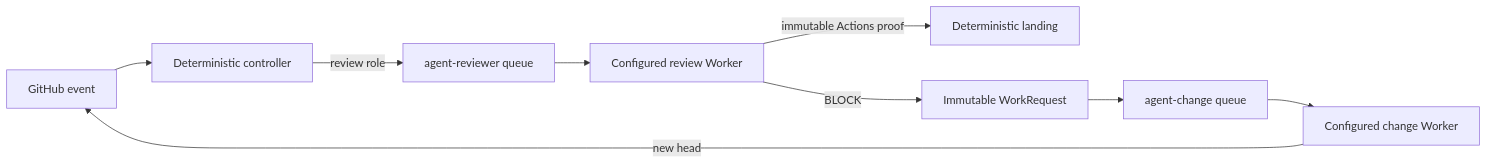
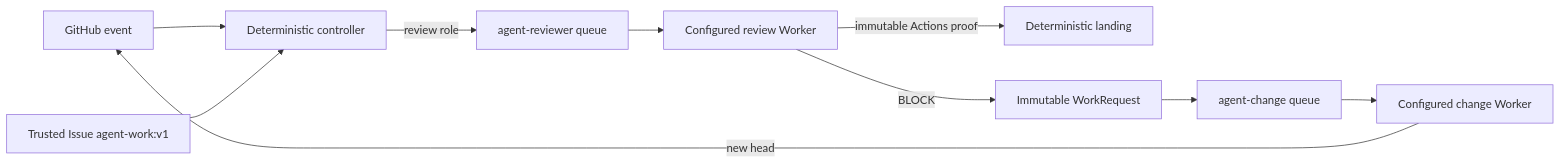
The diagram in docs/architecture.md (Ornn8/dsh-agent-automation), drawn with Mermaid before and after one commit. The commit also changed other lines of this file and 13 other files, not shown here.

Commit message:
Add agent-neutral Issue work protocol

````diff
--- a/docs/architecture.md
+++ b/docs/architecture.md
@@ -35,11 +35,12 @@
 ```mermaid
 flowchart LR
   G["GitHub event"] --> C["Deterministic controller"]
+  I["Trusted Issue agent-work:v1"] --> C
   C -->|"review role"| RQ["agent-reviewer queue"]
   RQ --> RA["Configured review Worker"]
   RA -->|"immutable Actions proof"| L["Deterministic landing"]
   RA -->|"BLOCK"| W["Immutable WorkRequest"]
   W --> CQ["agent-change queue"]
   CQ --> CA["Configured change Worker"]
   CA -->|"new head"| G
 ```
````
